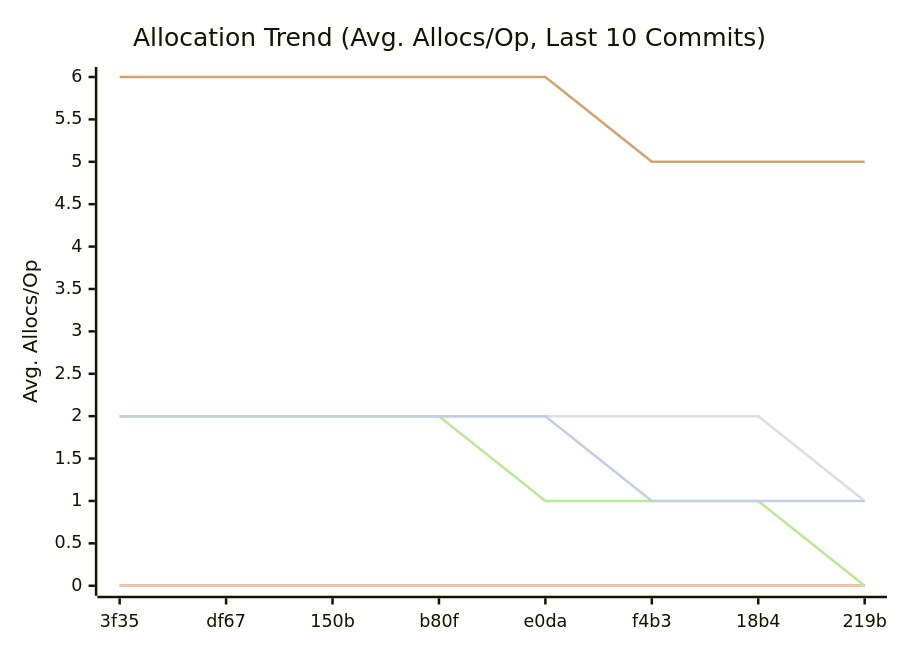
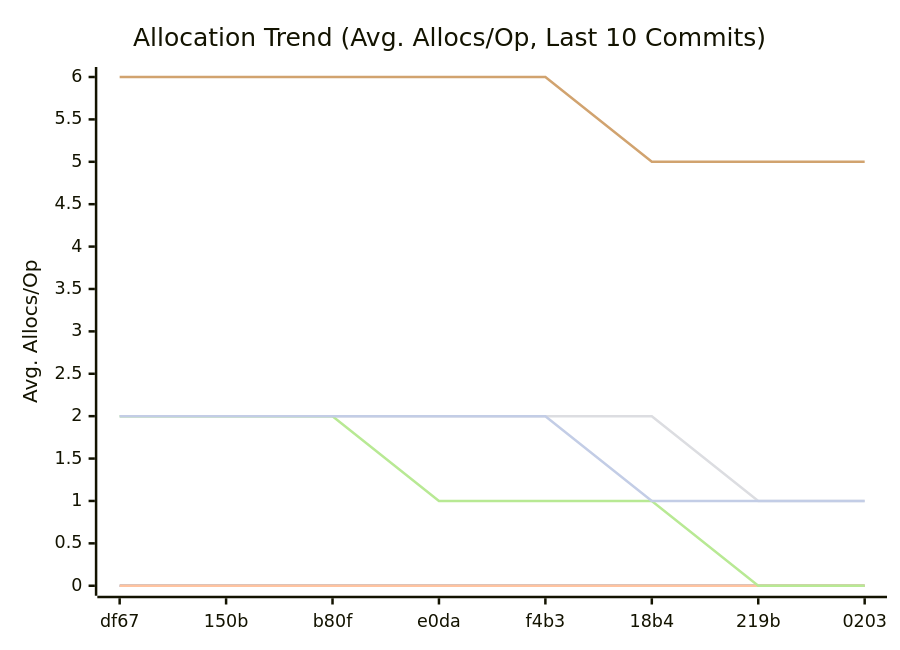
One commit to alsotoes/momo changed the third of 3 diagrams in docs/README.md. Above: the diagram before and after it, drawn with Mermaid. The commit also changed other lines of this file and 1 other file, not shown here.

````diff
--- a/docs/README.md
+++ b/docs/README.md
@@ -198,14 +192,14 @@
 ```mermaid
 xychart-beta
     title "Allocation Trend (Avg. Allocs/Op, Last 10 Commits)"
     x-axis "Commit"
     y-axis "Avg. Allocs/Op"
-    x-axis [3f35,df67,150b,b80f,e0da,f4b3,18b4,219b]
+    x-axis [df67,150b,b80f,e0da,f4b3,18b4,219b,0203]
     line "CheckMetricsAndSwap" [0,0,0,0,0,0,0,0,0,0]
     line "IndexDirectTracking" [0,0,0,0,0,0,0,0,0,0]
     line "IndexSearch" [0,0,0,0,0,0,0,0,0,0]
-    line "LoadGlobalConfig" [2,2,2,2,2,2,2,1,1,0]
-    line "PadString" [2,2,2,2,1,1,1,0,0,0]
+    line "LoadGlobalConfig" [2,2,2,2,2,2,1,1,0,0]
+    line "PadString" [2,2,2,1,1,1,0,0,0,0]
     line "ParseReplicationOrder_NoPrealloc" [6,6,6,6,6,5,5,5,5,5]
     line "ParseReplicationOrder_Prealloc" [2,2,2,2,2,1,1,1,1,1]
 ```
````
